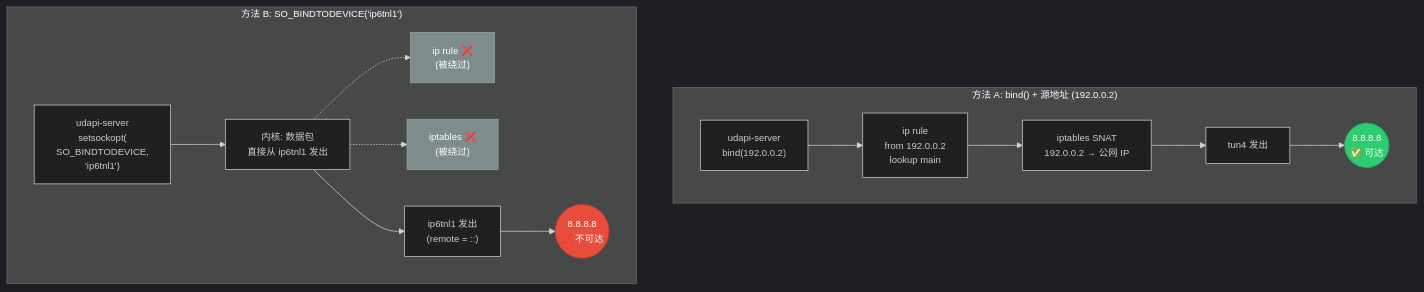
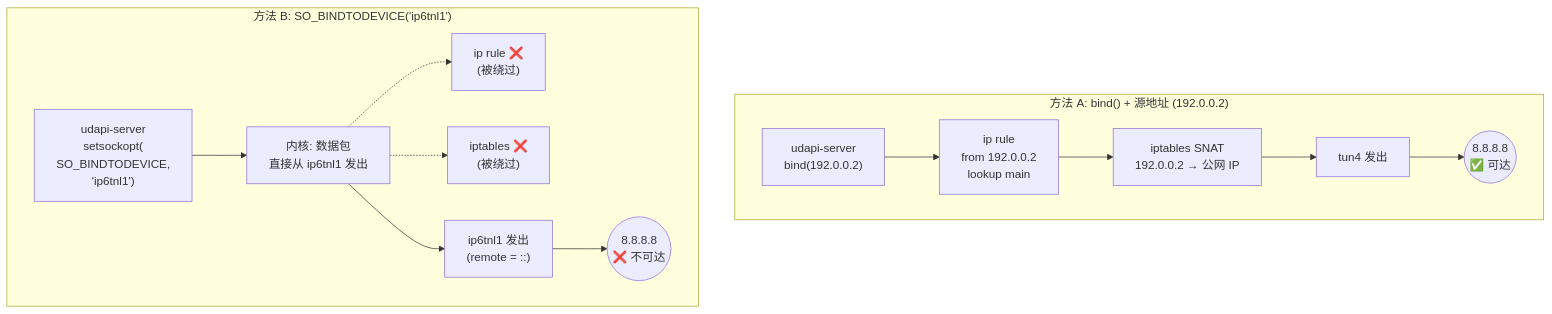
One commit to BBleae/harukawa-sayaka-blog changed the first of 3 diagrams in content/post/softbank-10g-with-ucg-fiber.md. Above: the diagram before and after it, drawn with Mermaid. The commit also changed other lines of this file, not shown here.

Commit message:
fix: 修复 mermaid 图表的格式问题，移除多余的初始化设置

````diff
--- a/content/post/softbank-10g-with-ucg-fiber.md
+++ b/content/post/softbank-10g-with-ucg-fiber.md
@@ -87,23 +87,17 @@
 ```mermaid
-%%{ init: { 'theme': 'dark', 'themeVariables': { 'fontSize': '13px' } } }%%
 graph TB
     subgraph method_a["方法 A: bind() + 源地址 (192.0.0.2)"]
         A1["udapi-server<br/>bind(192.0.0.2)"] --> A2["ip rule<br/>from 192.0.0.2<br/>lookup main"]
         A2 --> A3["iptables SNAT<br/>192.0.0.2 → 公网 IP"]
         A3 --> A4["tun4 发出"]
         A4 --> A5(("8.8.8.8<br/>✅ 可达"))
     end
 
     subgraph method_b["方法 B: SO_BINDTODEVICE('ip6tnl1')"]
         B1["udapi-server<br/>setsockopt(<br/>SO_BINDTODEVICE,<br/>'ip6tnl1')"] --> B2["内核: 数据包<br/>直接从 ip6tnl1 发出"]
         B2 -.-> B3["ip rule ❌<br/>(被绕过)"]
         B2 -.-> B4["iptables ❌<br/>(被绕过)"]
         B2 --> B5["ip6tnl1 发出<br/>(remote = ::)"]
         B5 --> B6(("8.8.8.8<br/>❌ 不可达"))
     end
-
-    style A5 fill:#2ecc71,stroke:#27ae60,color:#fff
-    style B6 fill:#e74c3c,stroke:#c0392b,color:#fff
-    style B3 fill:#7f8c8d,stroke:#95a5a6,color:#fff
-    style B4 fill:#7f8c8d,stroke:#95a5a6,color:#fff
 ```
````
